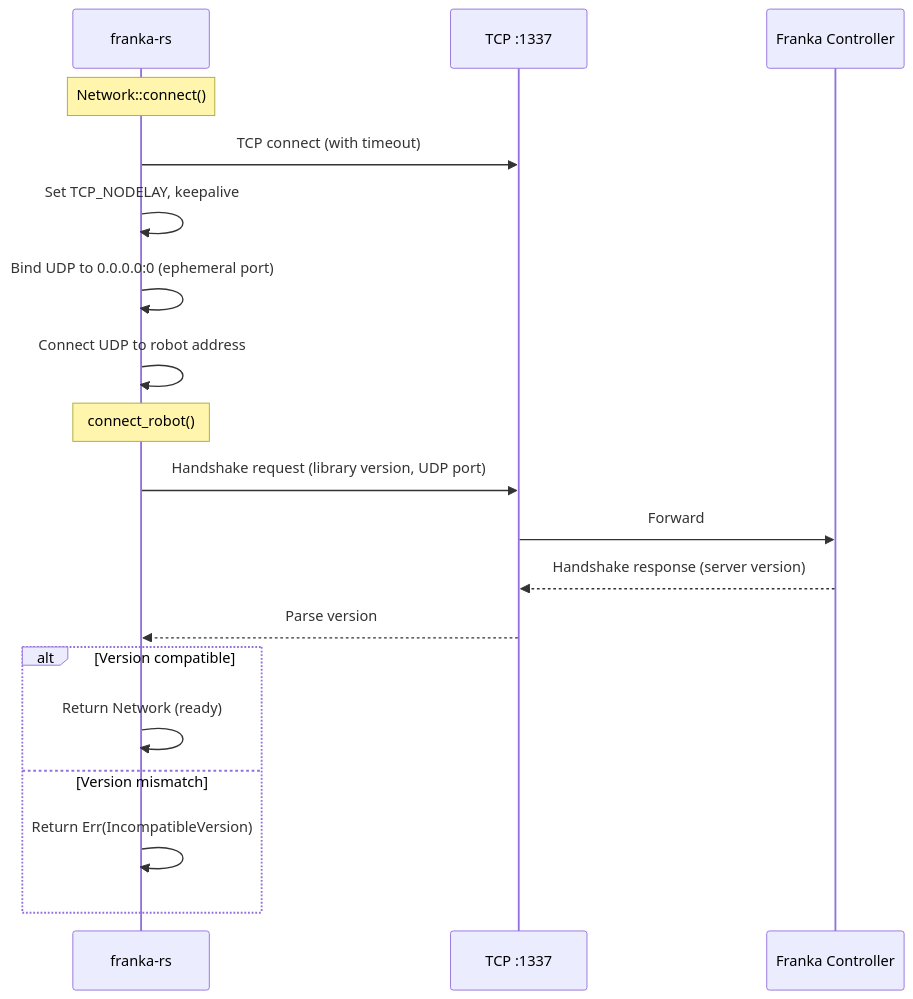
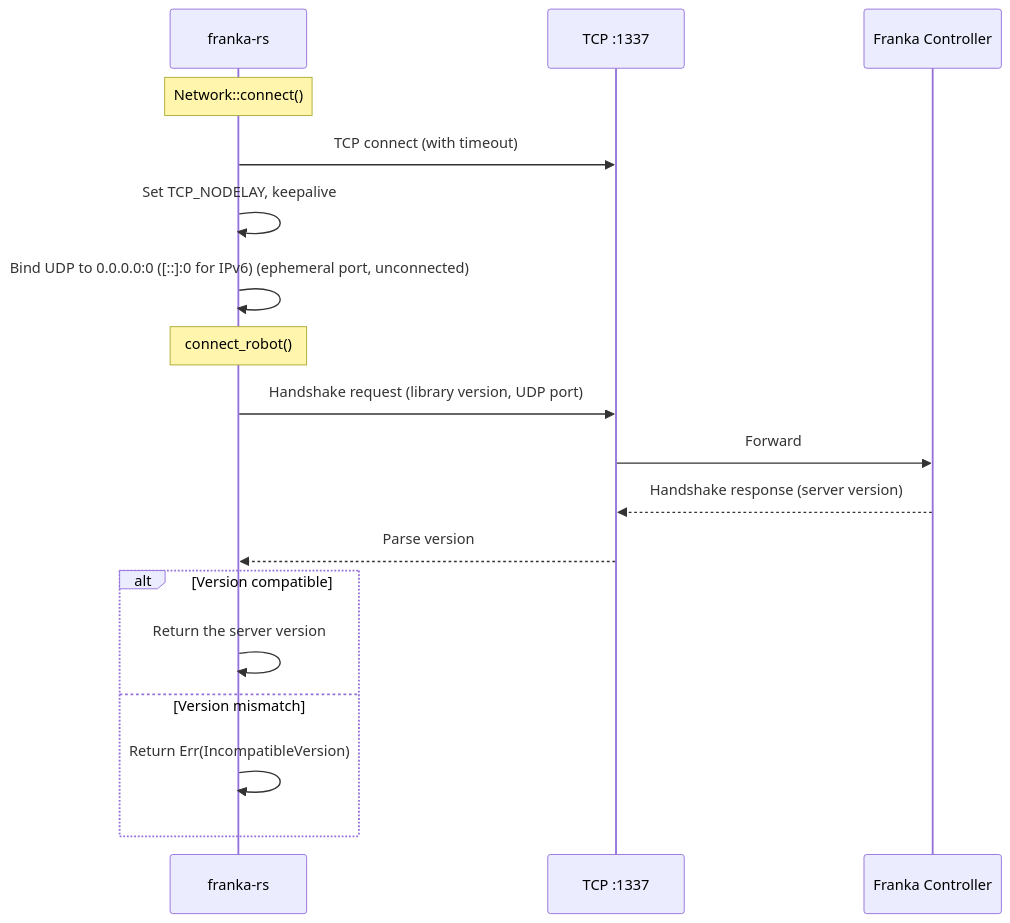
Before and after one commit to ColeTen/franka-rs: the third of 3 diagrams in docs/src/modules/network.md, drawn with Mermaid. The commit also changed other lines of this file and 43 other files, not shown here.

````diff
--- a/docs/src/modules/network.md
+++ b/docs/src/modules/network.md
@@ -109,24 +133,23 @@
 ```mermaid
 sequenceDiagram
     participant App as franka-rs
     participant TCP as TCP :1337
     participant Robot as Franka Controller
 
     Note over App: Network::connect()
     App->>TCP: TCP connect (with timeout)
     App->>App: Set TCP_NODELAY, keepalive
-    App->>App: Bind UDP to 0.0.0.0:0 (ephemeral port)
-    App->>App: Connect UDP to robot address
+    App->>App: Bind UDP to 0.0.0.0:0 ([::]:0 for IPv6) (ephemeral port, unconnected)
 
     Note over App: connect_robot()
     App->>TCP: Handshake request (library version, UDP port)
     TCP->>Robot: Forward
     Robot-->>TCP: Handshake response (server version)
     TCP-->>App: Parse version
 
     alt Version compatible
-        App->>App: Return Network (ready)
+        App->>App: Return the server version
     else Version mismatch
         App->>App: Return Err(IncompatibleVersion)
     end
 ```
````
